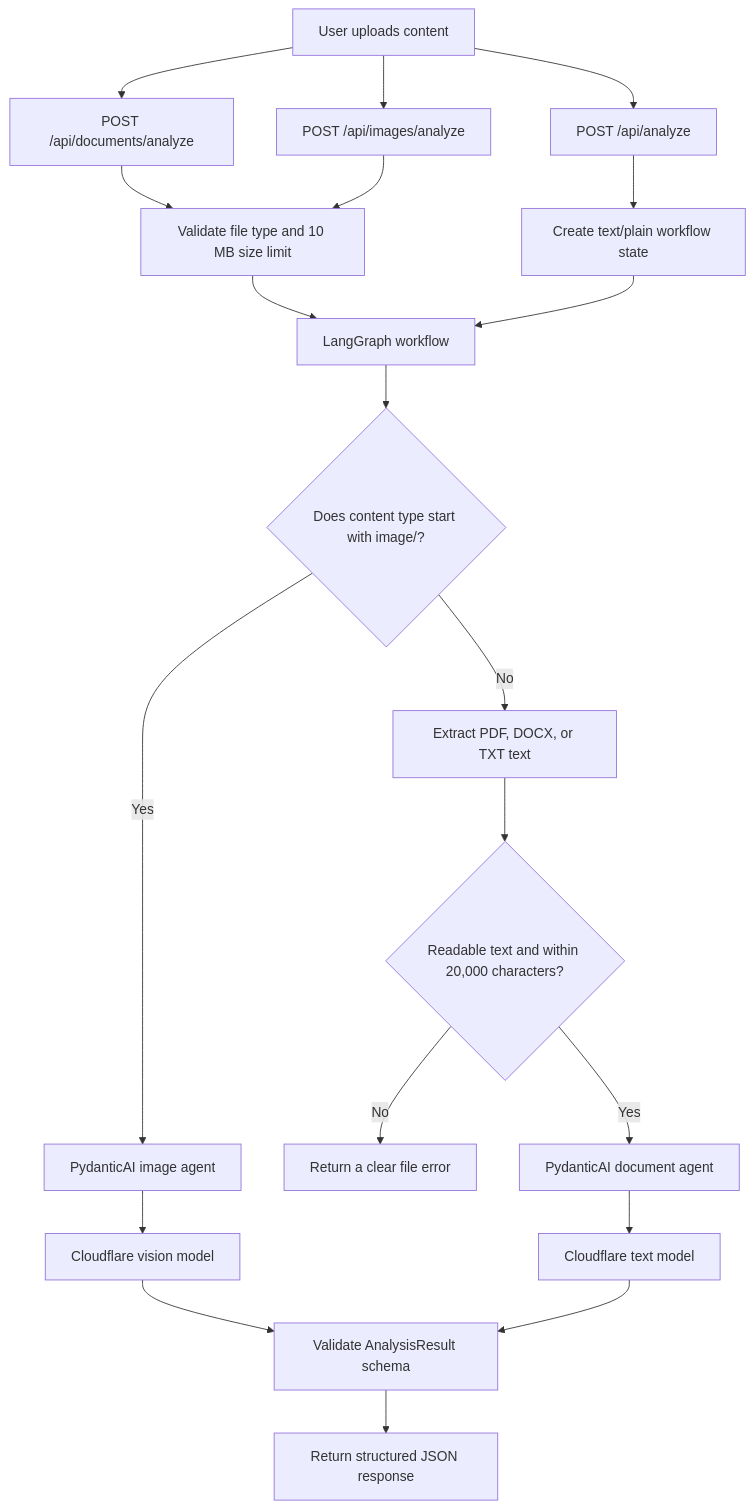
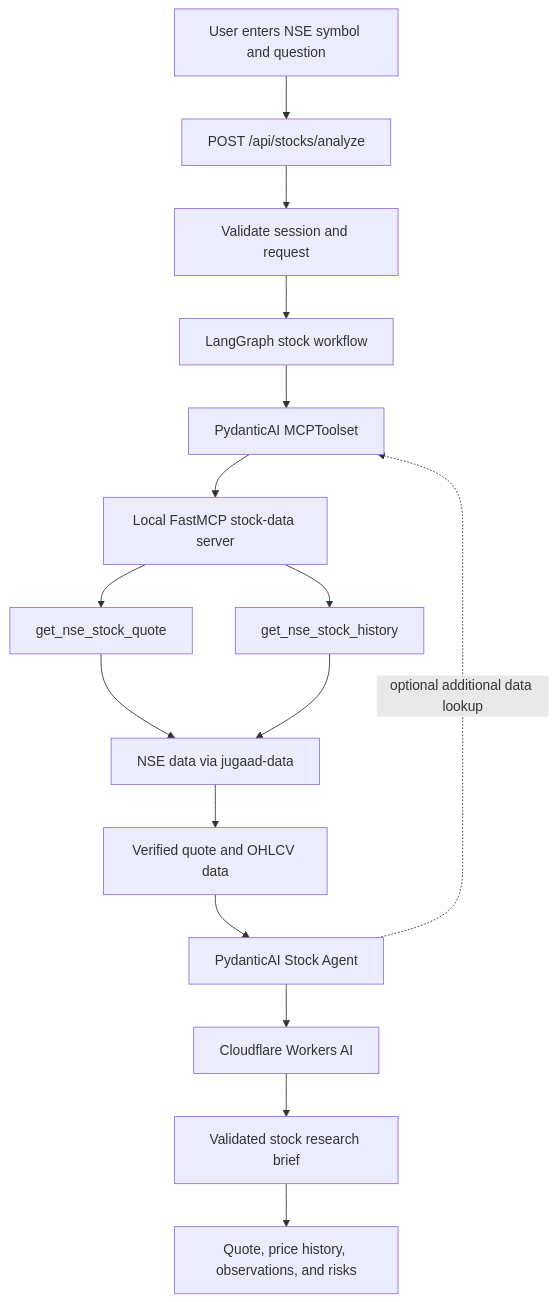
One commit to NikhilDasgupta123/samjhao-ai changed the diagram in README.md. Above: the diagram before and after it, drawn with Mermaid. The commit also changed other lines of this file and 36 other files, not shown here.

Commit message:
- feat(stock-agent): add MCP-powered stock research agent - fix(backend): add FastMCP server dependencies

````diff
--- a/README.md
+++ b/README.md
@@ -114,26 +88,18 @@
 ```mermaid
 flowchart TD
-    User[User uploads content] --> DocAPI[POST /api/documents/analyze]
-    User --> ImageAPI[POST /api/images/analyze]
-    User --> TextAPI[POST /api/analyze]
-
-    DocAPI --> Validate[Validate file type and 10 MB size limit]
-    ImageAPI --> Validate
-    Validate --> Graph[LangGraph workflow]
-    TextAPI --> TextState[Create text/plain workflow state]
-    TextState --> Graph
-
-    Graph --> IsImage{Does content type start with image/?}
-    IsImage -->|Yes| VisionAgent[PydanticAI image agent]
-    VisionAgent --> VisionModel[Cloudflare vision model]
-
-    IsImage -->|No| Extract[Extract PDF, DOCX, or TXT text]
-    Extract --> Readable{Readable text and within 20,000 characters?}
-    Readable -->|No| FileError[Return a clear file error]
-    Readable -->|Yes| DocumentAgent[PydanticAI document agent]
-    DocumentAgent --> TextModel[Cloudflare text model]
-
-    VisionModel --> Result[Validate AnalysisResult schema]
-    TextModel --> Result
-    Result --> Response[Return structured JSON response]
+    User[User enters NSE symbol and question] --> API[POST /api/stocks/analyze]
+    API --> Auth[Validate session and request]
+    Auth --> Graph[LangGraph stock workflow]
+    Graph --> MCPToolset[PydanticAI MCPToolset]
+    MCPToolset --> MCP[Local FastMCP stock-data server]
+    MCP --> Quote[get_nse_stock_quote]
+    MCP --> History[get_nse_stock_history]
+    Quote --> NSE[NSE data via jugaad-data]
+    History --> NSE
+    NSE --> Brief[Verified quote and OHLCV data]
+    Brief --> Agent[PydanticAI Stock Agent]
+    Agent -. optional additional data lookup .-> MCPToolset
+    Agent --> Cloudflare[Cloudflare Workers AI]
+    Cloudflare --> Result[Validated stock research brief]
+    Result --> UI[Quote, price history, observations, and risks]
 ```
````
